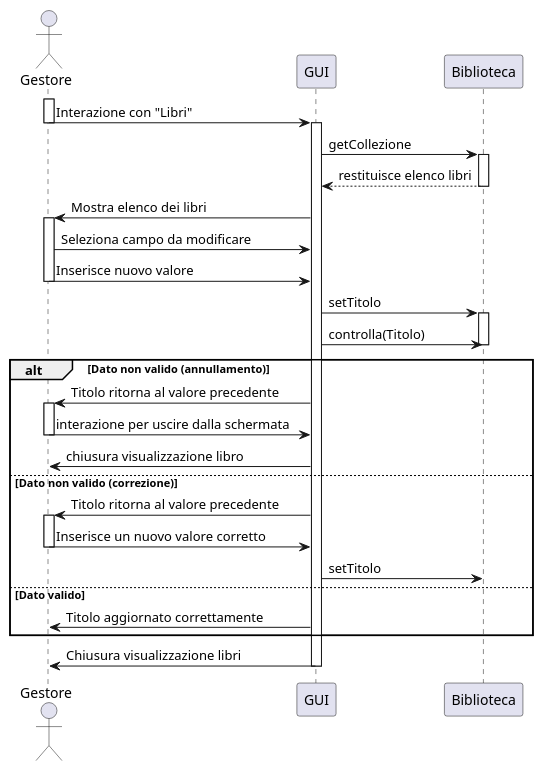
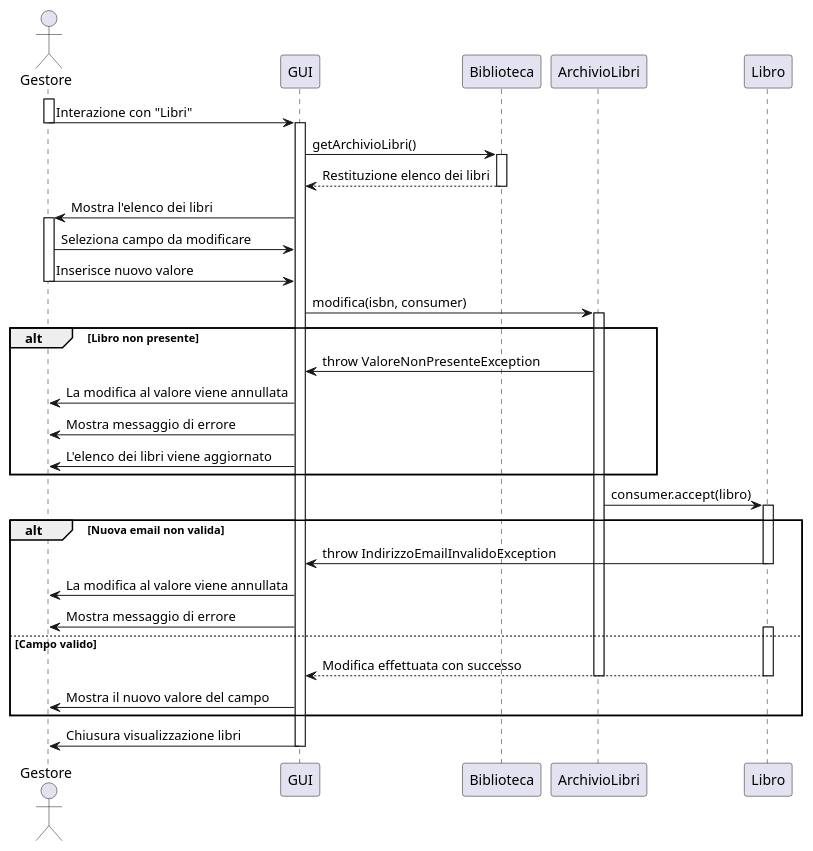
The diagram in docs/uml/UMLModificaLibro.puml (Meziu/easylibrary), drawn with PlantUML before and after one commit. The commit also changed 1 other file, not shown here.

Commit message:
Rispecchia modifiche di design nei diagrammi di sequenza

```diff
--- a/docs/uml/UMLModificaLibro.puml
+++ b/docs/uml/UMLModificaLibro.puml
@@ -1,51 +1,57 @@
 @startuml
 actor Gestore
 participant "GUI" as UI
 participant "Biblioteca" as B
+participant "ArchivioLibri" as A
+participant "Libro" as L
 
 '  ---- Flusso principale -----
 activate Gestore
 Gestore -> UI : Interazione con "Libri"
 deactivate Gestore
 activate UI
 
-UI -> B : getCollezione
+UI -> B : getArchivioLibri()
 activate B
-B --> UI : restituisce elenco libri
+B --> UI : Restituzione elenco dei libri
 deactivate B
-UI -> Gestore : Mostra elenco dei libri
+UI -> Gestore : Mostra l'elenco dei libri
 activate Gestore
 
 Gestore -> UI : Seleziona campo da modificare
 Gestore -> UI : Inserisce nuovo valore
 deactivate Gestore
-UI -> B : setTitolo
-activate B
-UI -> B : controlla(Titolo)
-deactivate B
+UI -> A : modifica(isbn, consumer)
+activate A
 
 ' ----- Verifica Dati -----
-alt Dato non valido (annullamento)
-    UI -> Gestore : Titolo ritorna al valore precedente
-    activate Gestore
-    Gestore -> UI : interazione per uscire dalla schermata
-    deactivate Gestore
-    UI -> Gestore : chiusura visualizzazione libro 
+alt Libro non presente
+    A -> UI : throw ValoreNonPresenteException
+    UI -> Gestore : La modifica al valore viene annullata
+    UI -> Gestore : Mostra messaggio di errore
+    UI -> Gestore : L'elenco dei libri viene aggiornato
 
+end
 
-else Dato non valido (correzione)
-    UI -> Gestore : Titolo ritorna al valore precedente
-    activate Gestore
-    Gestore -> UI : Inserisce un nuovo valore corretto
-    deactivate Gestore
-    UI -> B : setTitolo
+A -> L : consumer.accept(libro)
+activate L
 
-else Dato valido
-    UI -> Gestore : Titolo aggiornato correttamente
+alt Nuova email non valida
+    L -> UI : throw IndirizzoEmailInvalidoException
+    deactivate L
+    UI -> Gestore : La modifica al valore viene annullata
+    UI -> Gestore : Mostra messaggio di errore
+
+else Campo valido
+    activate L
+    L --> UI : Modifica effettuata con successo
+    deactivate L
+    deactivate A
+    UI -> Gestore : Mostra il nuovo valore del campo
 
 end
 
 UI -> Gestore : Chiusura visualizzazione libri
 deactivate UI
 
 @enduml
```
